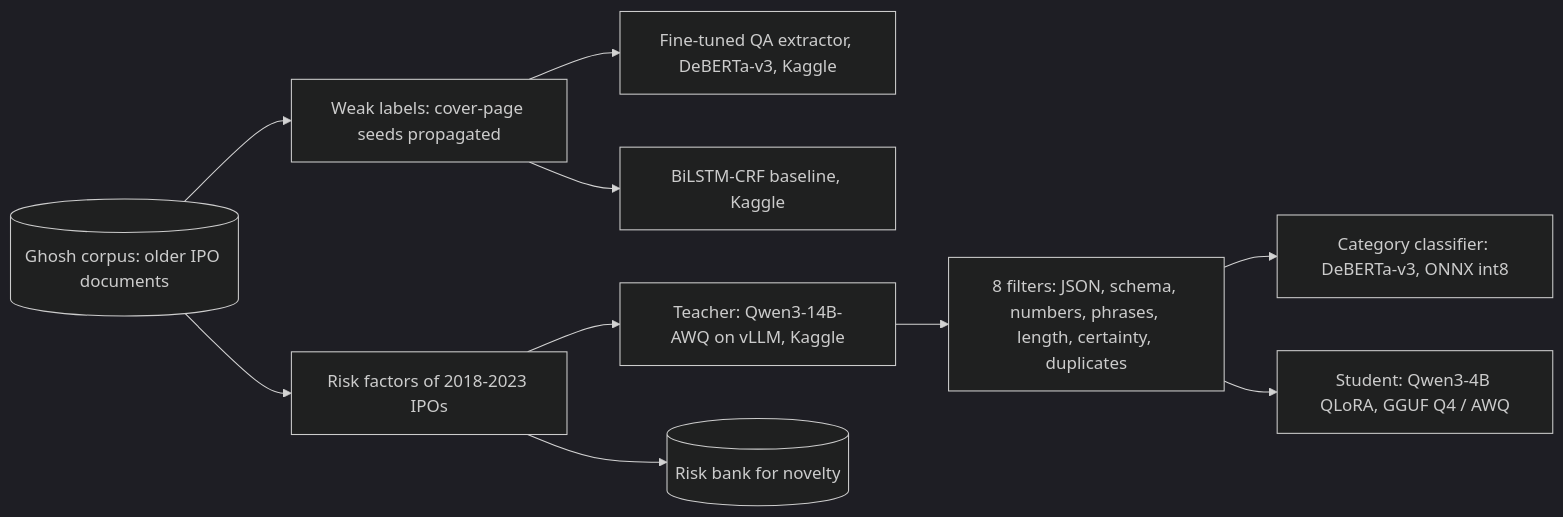
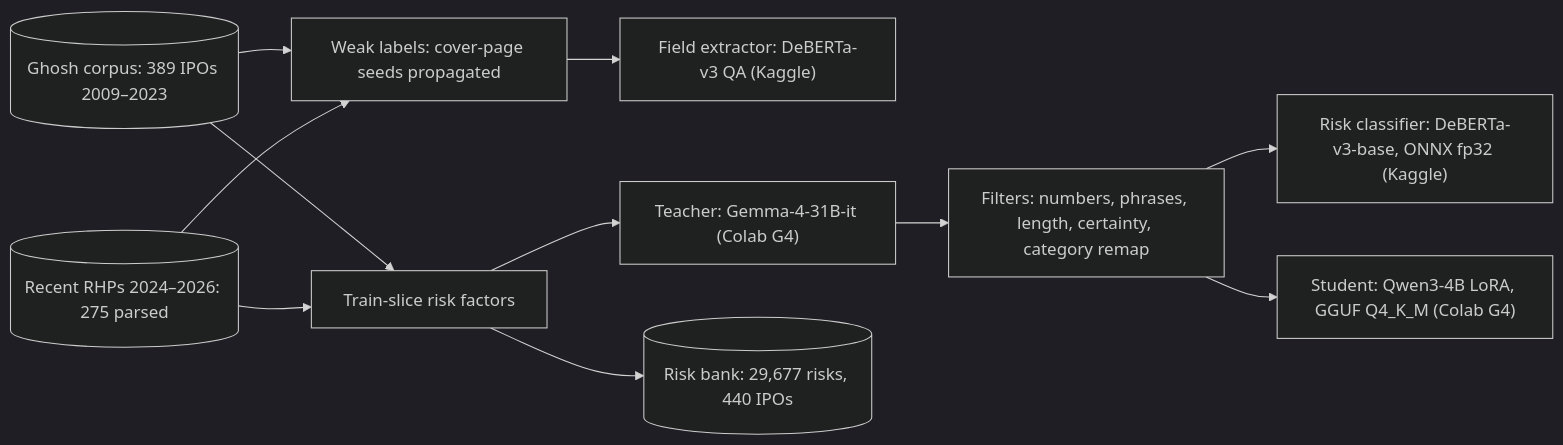
Before and after one commit to AkshatTm/FinSight-IPO-X-Ray-for-Indian-retail-investors: the sixth of 6 diagrams in docs/architecture/index.md, drawn with Mermaid (dark theme). The commit also changed other lines of this file and 16 other files, not shown here.

First line of the commit message:
docs(v1.1): new site nav; getting started, user guide, architecture and data pages

````diff
--- a/docs/architecture/index.md
+++ b/docs/architecture/index.md
@@ -147,12 +176,13 @@
 ```mermaid
 flowchart LR
-  C[(Ghosh corpus: older IPO documents)] --> WL[Weak labels: cover-page seeds propagated]
-  WL --> QA[Fine-tuned QA extractor, DeBERTa-v3, Kaggle]
-  WL --> BL[BiLSTM-CRF baseline, Kaggle]
-  C --> RS[Risk factors of 2018-2023 IPOs]
-  RS --> T[Teacher: Qwen3-14B-AWQ on vLLM, Kaggle]
-  T --> F[8 filters: JSON, schema, numbers, phrases, length, certainty, duplicates]
-  F --> CL[Category classifier: DeBERTa-v3, ONNX int8]
-  F --> ST[Student: Qwen3-4B QLoRA, GGUF Q4 / AWQ]
-  RS --> BANK[(Risk bank for novelty)]
+  C[(Ghosh corpus: 389 IPOs 2009–2023)] --> WL[Weak labels: cover-page seeds propagated]
+  N[(Recent RHPs 2024–2026: 275 parsed)] --> WL
+  WL --> QA["Field extractor: DeBERTa-v3 QA (Kaggle)"]
+  C --> RS[Train-slice risk factors]
+  N --> RS
+  RS --> T["Teacher: Gemma-4-31B-it (Colab G4)"]
+  T --> F[Filters: numbers, phrases, length, certainty, category remap]
+  F --> CL["Risk classifier: DeBERTa-v3-base, ONNX fp32 (Kaggle)"]
+  F --> ST["Student: Qwen3-4B LoRA, GGUF Q4_K_M (Colab G4)"]
+  RS --> BANK[("Risk bank: 29,677 risks, 440 IPOs")]
 ```
````
